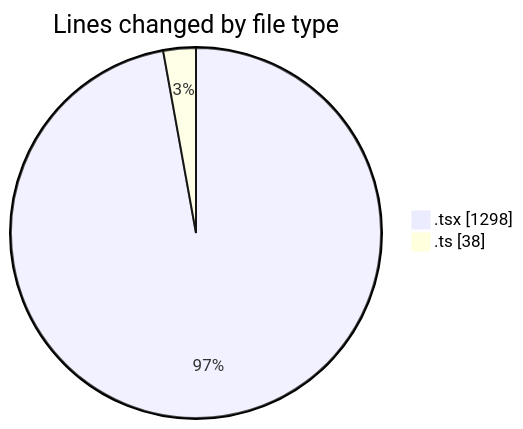
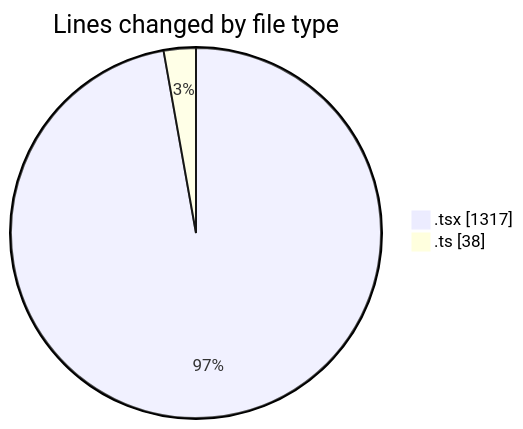
One commit to momahboobian/code-tracking changed the first of 2 diagrams in 2025-02-11/cda/README.md. Above: the diagram before and after it, drawn with Mermaid. The commit also changed other lines of this file and 1 other file, not shown here.

````diff
--- a/2025-02-11/cda/README.md
+++ b/2025-02-11/cda/README.md
@@ -23,6 +23,6 @@
 ```mermaid
 pie showData
 title Lines changed by file type
-".tsx" : 1298
+".tsx" : 1317
 ".ts" : 38
 ```
````
